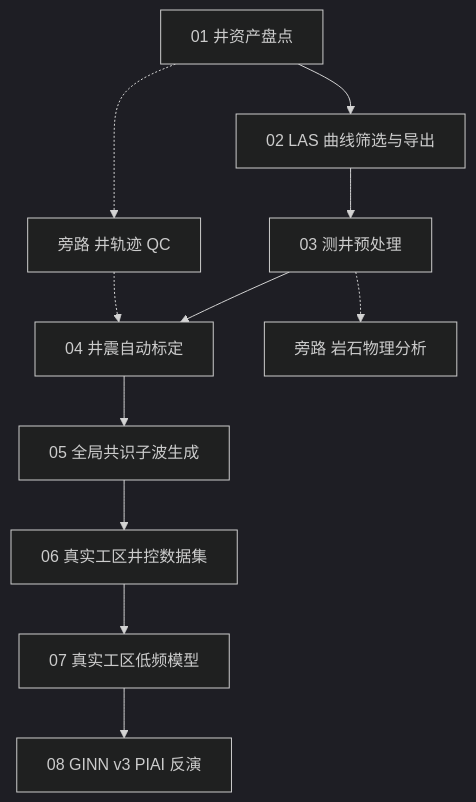
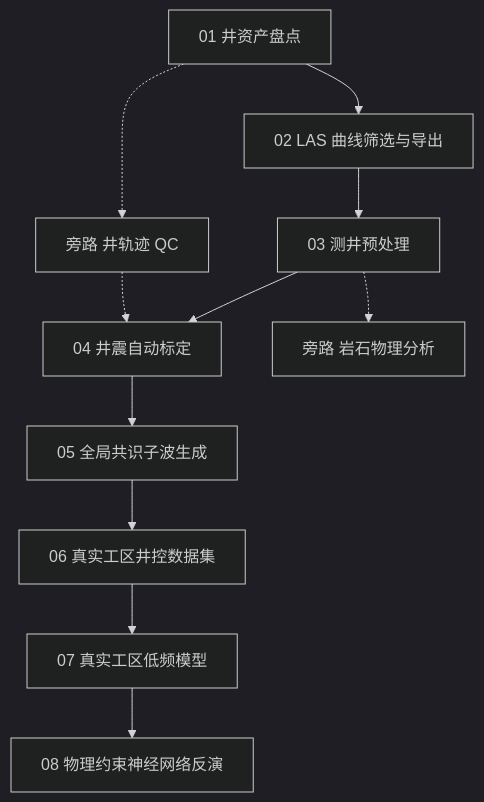
Before and after one commit to oimero/inversion_workflow: the diagram in docs/index.md, drawn with Mermaid (dark theme). The commit also changed other lines of this file and 25 other files, not shown here.

````diff
--- a/docs/index.md
+++ b/docs/index.md
@@ -3,10 +3,10 @@
 ```mermaid
 flowchart TB
-    S1["01 井资产盘点"] --> S2["02 LAS 曲线筛选与导出"] --> S3["03 测井预处理"] --> S4["04 井震自动标定"] --> S5["05 全局共识子波生成"] --> S6["06 真实工区井控数据集"] --> S7["07 真实工区低频模型"] --> S8["08 GINN v3 PIAI 反演"]
+    S1["01 井资产盘点"] --> S2["02 LAS 曲线筛选与导出"] --> S3["03 测井预处理"] --> S4["04 井震自动标定"] --> S5["05 全局共识子波生成"] --> S6["06 真实工区井控数据集"] --> S7["07 真实工区低频模型"] --> S8["08 物理约束神经网络反演"]
 
     WT["旁路 井轨迹 QC"]
     S1 -.-> WT -.-> S4
 
     RP["旁路 岩石物理分析"]
     S3 -.-> RP
 ```
````
